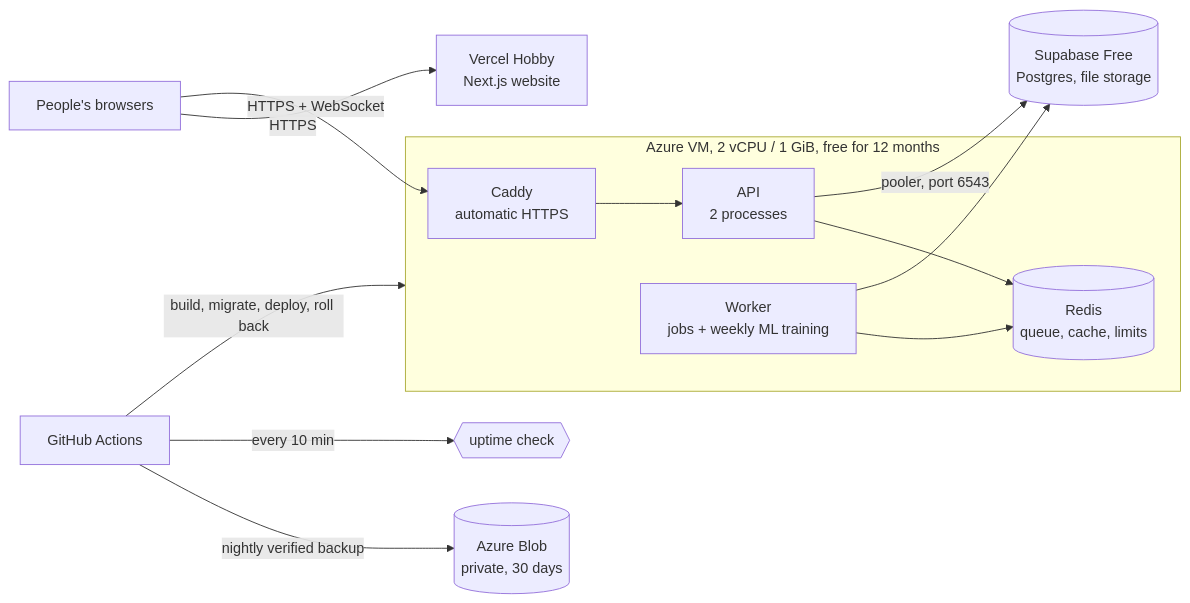
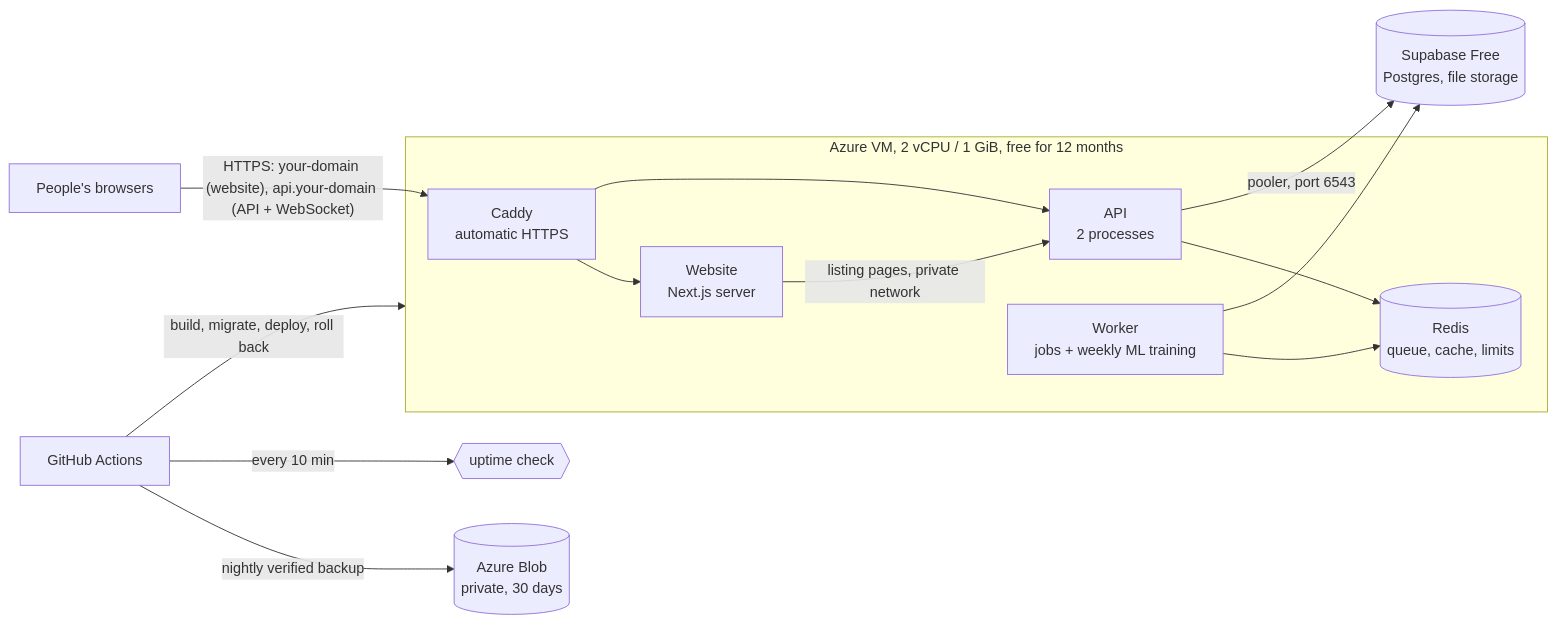
One commit to AMIYA8597/livora changed the diagram in docs/FREE_TIER_LAUNCH.md. Above: the diagram before and after it, drawn with Mermaid. The commit also changed other lines of this file and 16 other files, not shown here.

First line of the commit message:
feat(deploy): serve the website from the free-tier VM under its own domain

````diff
--- a/docs/FREE_TIER_LAUNCH.md
+++ b/docs/FREE_TIER_LAUNCH.md
@@ -12,15 +12,16 @@
 ```mermaid
 flowchart LR
-    U[People's browsers] -->|HTTPS| V[Vercel Hobby<br/>Next.js website]
-    U -->|HTTPS + WebSocket| C
+    U[People's browsers] -->|"HTTPS: your-domain (website), api.your-domain (API + WebSocket)"| C
     subgraph VM [Azure VM, 2 vCPU / 1 GiB, free for 12 months]
-        C[Caddy<br/>automatic HTTPS] --> A[API<br/>2 processes]
+        C[Caddy<br/>automatic HTTPS] --> N[Website<br/>Next.js server]
+        C --> A[API<br/>2 processes]
+        N -->|listing pages, private network| A
         W[Worker<br/>jobs + weekly ML training] --> R[(Redis<br/>queue, cache, limits)]
         A --> R
     end
     A -->|pooler, port 6543| S[(Supabase Free<br/>Postgres, file storage)]
     W --> S
     GH[GitHub Actions] -->|build, migrate, deploy, roll back| VM
     GH -->|nightly verified backup| B[(Azure Blob<br/>private, 30 days)]
     GH -->|every 10 min| UP{{uptime check}}
 ```
````
